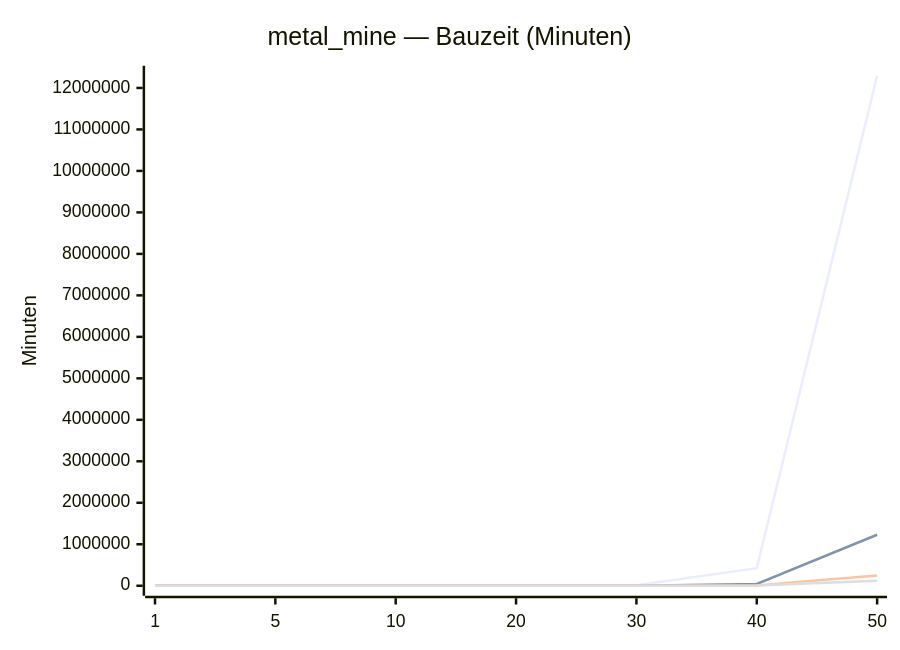
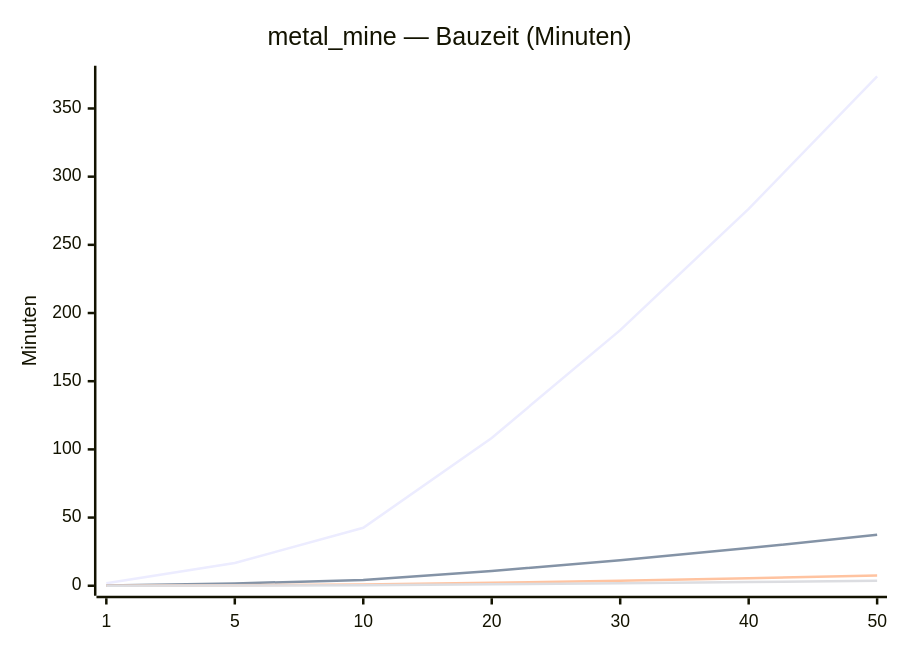
The second of 3 diagrams in docs/UNIVERSE_SPEED_BENCHMARK.md (Gurgenbaba/genesis-colonies), drawn with Mermaid before and after one commit. The commit also changed other lines of this file and 74 other files, not shown here.

````diff
--- a/docs/UNIVERSE_SPEED_BENCHMARK.md
+++ b/docs/UNIVERSE_SPEED_BENCHMARK.md
@@ -188,10 +188,10 @@
 ```mermaid
 xychart-beta
     title "metal_mine — Bauzeit (Minuten)"
     x-axis [1, 5, 10, 20, 30, 40, 50]
-    y-axis "Minuten" 0 --> 12293985
-    line "build_speed 1" [0.85, 3.25, 17.55, 507.98, 14693.72, 425022.88, 12293984.85]
-    line "build_speed 10" [0.08, 0.32, 1.75, 50.78, 1469.37, 42502.28, 1229398.48]
-    line "build_speed 50" [0.02, 0.05, 0.35, 10.15, 293.87, 8500.45, 245879.68]
-    line "build_speed 100" [0.02, 0.02, 0.17, 5.07, 146.93, 4250.22, 122939.83]
+    y-axis "Minuten" 0 --> 374
+    line "build_speed 1" [1.9, 16.68, 42.53, 108.42, 187.43, 276.38, 373.55]
+    line "build_speed 10" [0.18, 1.67, 4.25, 10.83, 18.73, 27.63, 37.35]
+    line "build_speed 50" [0.03, 0.33, 0.85, 2.17, 3.73, 5.52, 7.47]
+    line "build_speed 100" [0.02, 0.17, 0.42, 1.08, 1.87, 2.75, 3.73]
 ```
````
